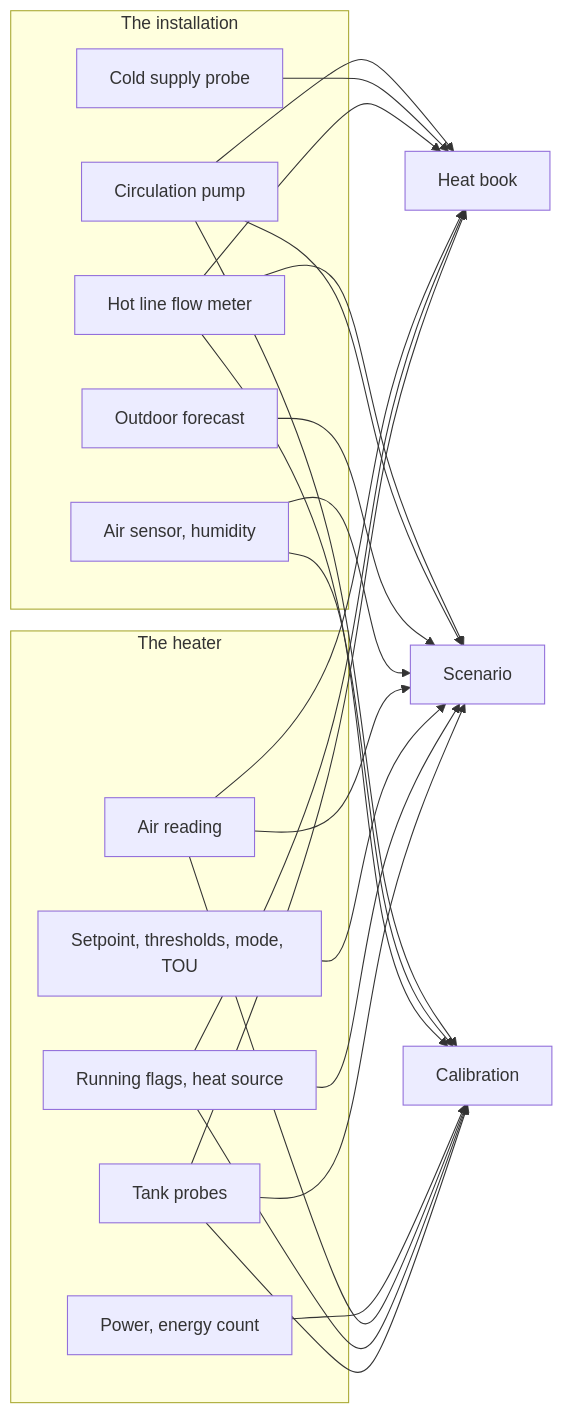
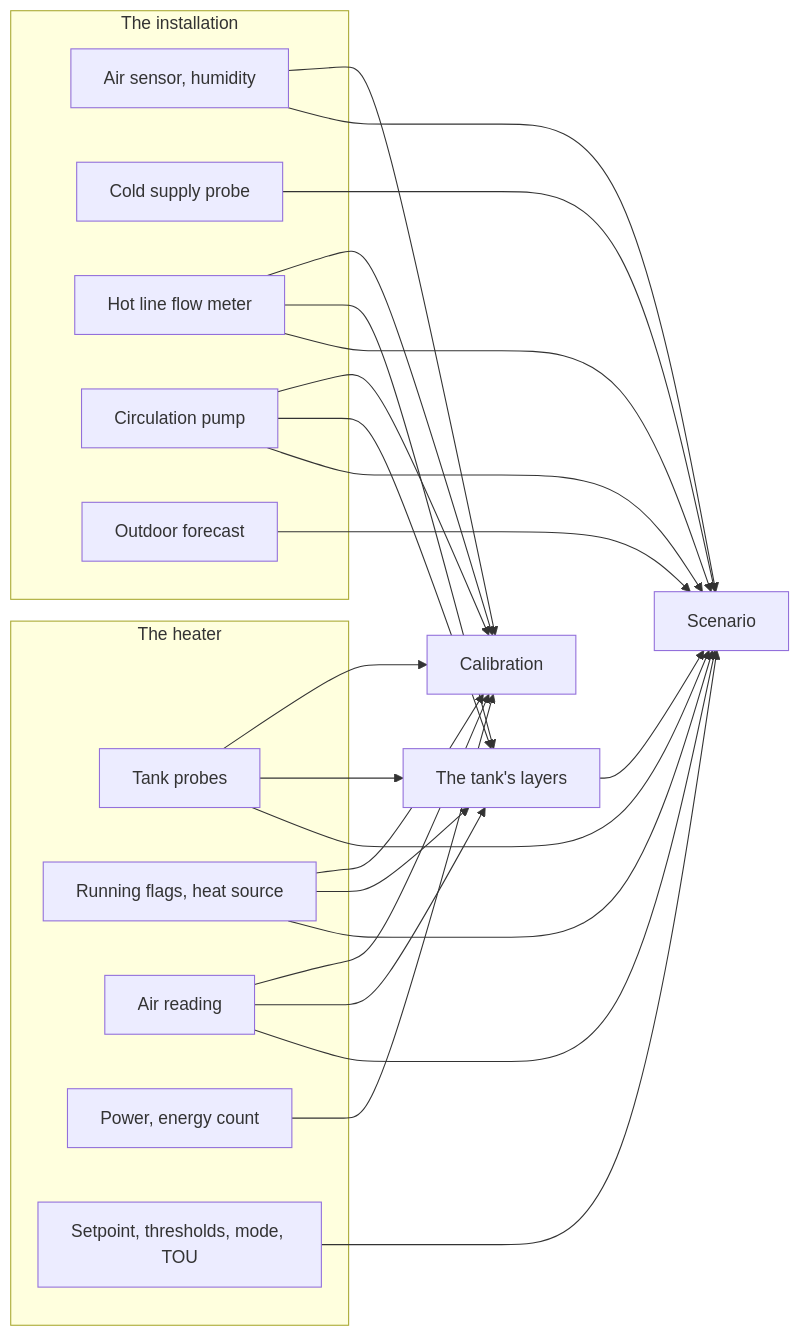
The third of 3 diagrams in docs/explanation/simulator-methodology.rst (eman/nwp500-python), drawn with Mermaid before and after one commit. The commit also changed other lines of this file and 51 other files, not shown here.

First line of the commit message:
feat(sim): deliver from the tank's layers, and drop the heat book

```diff
--- a/docs/explanation/simulator-methodology.rst
+++ b/docs/explanation/simulator-methodology.rst
@@ -557,38 +519,39 @@
    .. mermaid::
 
       flowchart LR
           subgraph heater["The heater"]
               P["Tank probes"]
               F["Running flags, heat source"]
               A["Air reading"]
               W["Power, energy count"]
               S["Setpoint, thresholds, mode, TOU"]
           end
           subgraph site["The installation"]
               AS["Air sensor, humidity"]
               IN["Cold supply probe"]
               FM["Hot line flow meter"]
               CP["Circulation pump"]
               OF["Outdoor forecast"]
           end
           P --> SC["Scenario"]
           F --> SC
           S --> SC
           A --> SC
           AS --> SC
           OF --> SC
           CP --> SC
           FM --> SC
-          P --> BK["Heat book"]
-          F --> BK
-          A --> BK
-          FM --> BK
-          IN --> BK
-          CP --> BK
+          IN --> SC
+          P --> LY["The tank's layers"]
+          F --> LY
+          A --> LY
+          FM --> LY
+          CP --> LY
+          LY --> SC
           P --> CAL["Calibration"]
           F --> CAL
           A --> CAL
           W --> CAL
           AS --> CAL
           FM --> CAL
           CP --> CAL
```
